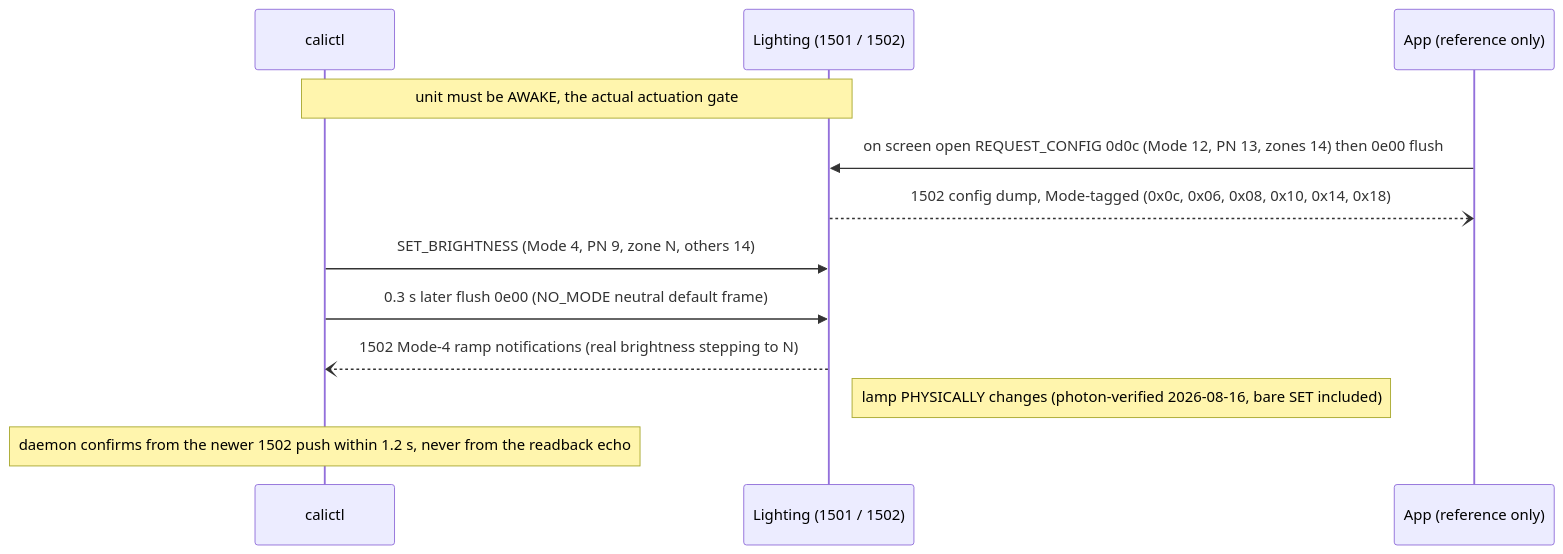
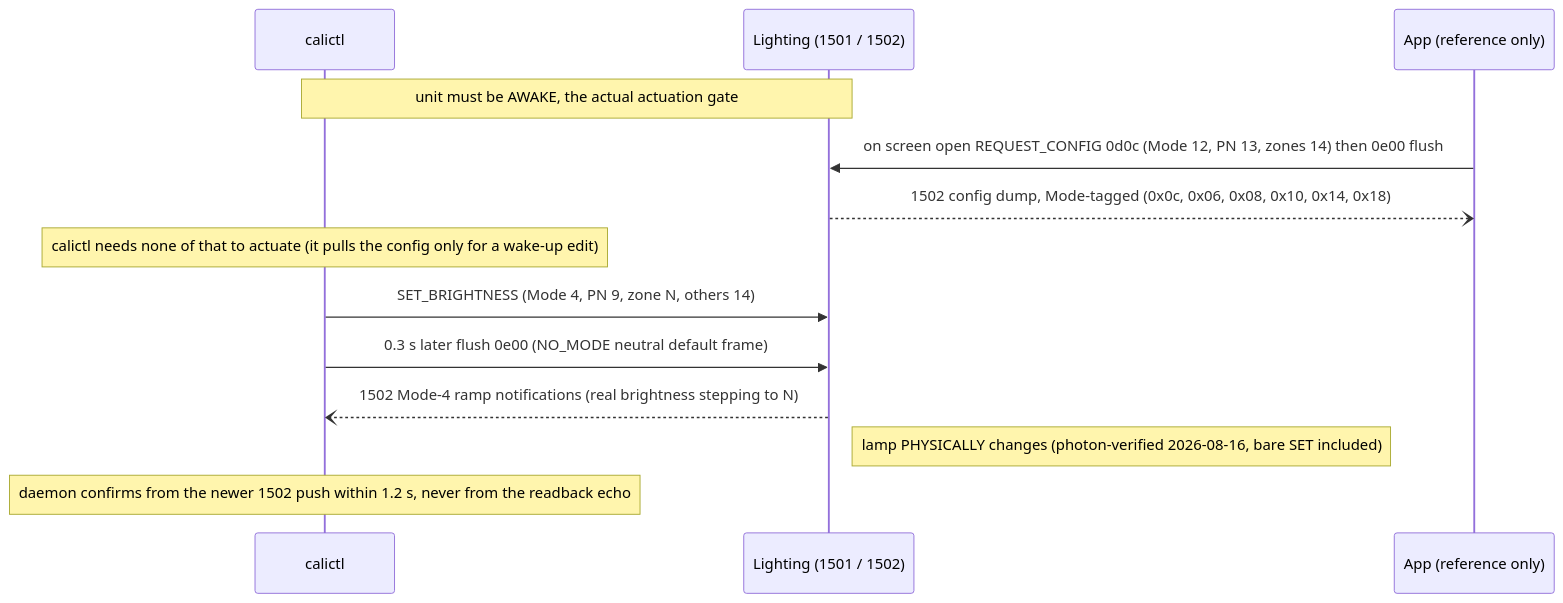
One commit to ckeller42/open-california changed the seventh of 17 diagrams in docs/protocol-sequences.rst. Above: the diagram before and after it, drawn with Mermaid. The commit also changed other lines of this file and 9 other files, not shown here.

First line of the commit message:
docs: audit the protocol sequence diagrams against the code and add the missing flows

```diff
--- a/docs/protocol-sequences.rst
+++ b/docs/protocol-sequences.rst
@@ -481,14 +652,15 @@
 .. mermaid::
 
     sequenceDiagram
         participant C as calictl
         participant U as Lighting (1501 / 1502)
         participant A as App (reference only)
         Note over C,U: unit must be AWAKE, the actual actuation gate
         A->>U: on screen open REQUEST_CONFIG 0d0c (Mode 12, PN 13, zones 14) then 0e00 flush
         U--)A: 1502 config dump, Mode-tagged (0x0c, 0x06, 0x08, 0x10, 0x14, 0x18)
+        Note over C: calictl needs none of that to actuate (it pulls the config only for a wake-up edit)
         C->>U: SET_BRIGHTNESS (Mode 4, PN 9, zone N, others 14)
         C->>U: 0.3 s later flush 0e00 (NO_MODE neutral default frame)
         U--)C: 1502 Mode-4 ramp notifications (real brightness stepping to N)
         Note right of U: lamp PHYSICALLY changes (photon-verified 2026-08-16, bare SET included)
         Note over C: daemon confirms from the newer 1502 push within 1.2 s, never from the readback echo
```
